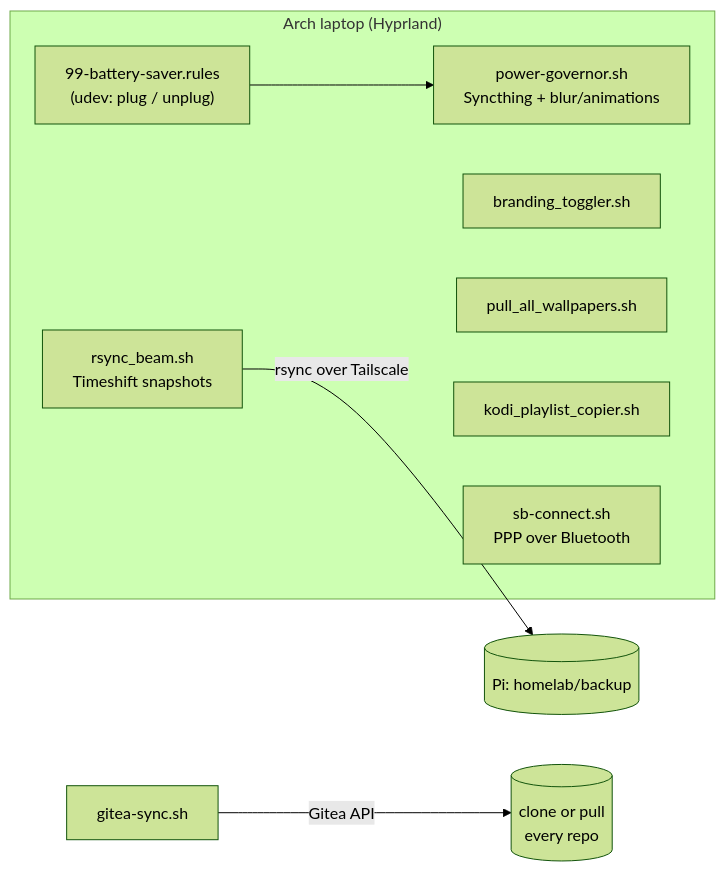
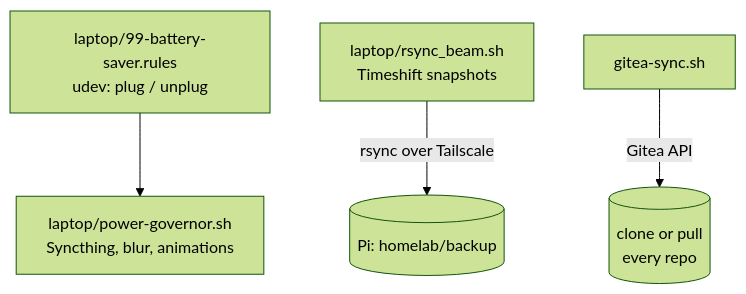
Before and after one commit to spaceadler/scripts: the second of 2 diagrams in README.md, drawn with Mermaid (forest theme). The commit also changed other lines of this file, not shown here.

Commit message:
docs: README for the folder layout; narrower second diagram

````diff
--- a/README.md
+++ b/README.md
@@ -43,13 +50,6 @@
 ```mermaid
-flowchart LR
-    subgraph laptop["Arch laptop (Hyprland)"]
-        udev["99-battery-saver.rules<br/>(udev: plug / unplug)"] --> gov["power-governor.sh<br/>Syncthing + blur/animations"]
-        brand["branding_toggler.sh"]
-        wall["pull_all_wallpapers.sh"]
-        kodi["kodi_playlist_copier.sh"]
-        beam["rsync_beam.sh<br/>Timeshift snapshots"]
-        sb["sb-connect.sh<br/>PPP over Bluetooth"]
-    end
-    beam -->|"rsync over Tailscale"| pi[("Pi: homelab/backup")]
+flowchart TB
+    udev["laptop/99-battery-saver.rules<br/>udev: plug / unplug"] --> gov["laptop/power-governor.sh<br/>Syncthing, blur, animations"]
+    beam["laptop/rsync_beam.sh<br/>Timeshift snapshots"] -->|"rsync over Tailscale"| pi[("Pi: homelab/backup")]
     sync["gitea-sync.sh"] -->|"Gitea API"| ws[("clone or pull<br/>every repo")]
 ```
````
